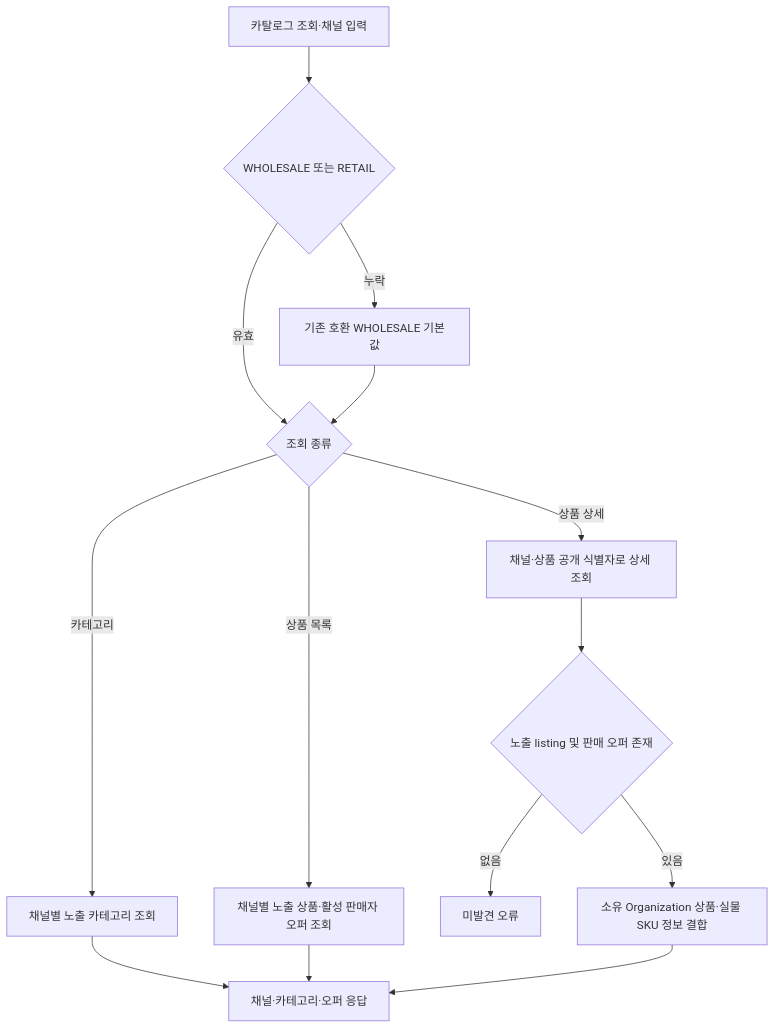
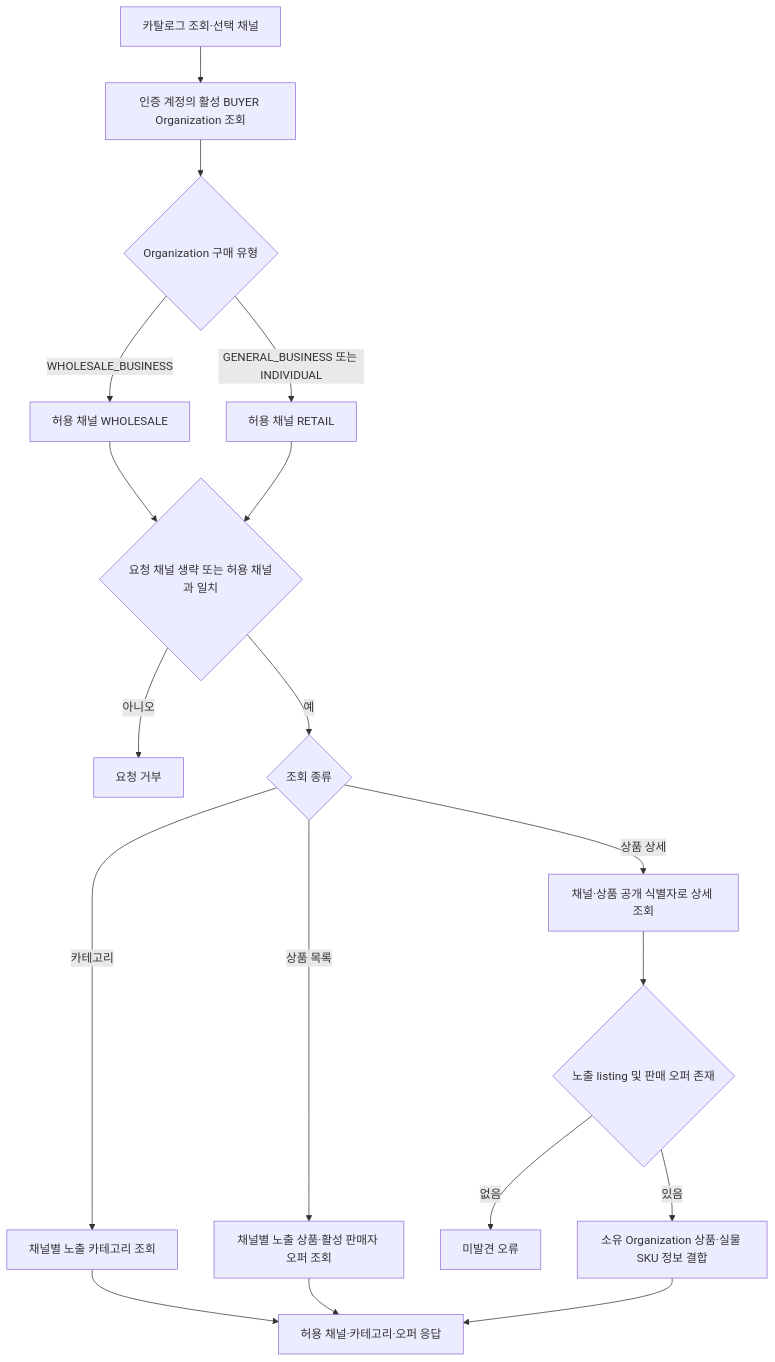
The first of 2 diagrams in docs/services/catalog.md (DongHyeonEom/umji-market-api), drawn with Mermaid before and after one commit. The commit also changed other lines of this file and 8 other files, not shown here.

````diff
--- a/docs/services/catalog.md
+++ b/docs/services/catalog.md
@@ -15,16 +17,20 @@
 ```mermaid
 flowchart TD
-    REQUEST[카탈로그 조회·채널 입력] --> CHANNEL{WHOLESALE 또는 RETAIL}
-    CHANNEL -- 누락 --> DEFAULT[기존 호환 WHOLESALE 기본값]
-    CHANNEL -- 유효 --> ACTION{조회 종류}
-    DEFAULT --> ACTION
+    REQUEST[카탈로그 조회·선택 채널] --> AUTH[인증 계정의 활성 BUYER Organization 조회]
+    AUTH --> TYPE{Organization 구매 유형}
+    TYPE -- WHOLESALE_BUSINESS --> WHOLESALE[허용 채널 WHOLESALE]
+    TYPE -- GENERAL_BUSINESS 또는 INDIVIDUAL --> RETAIL[허용 채널 RETAIL]
+    WHOLESALE --> CHANNEL{요청 채널 생략 또는 허용 채널과 일치}
+    RETAIL --> CHANNEL
+    CHANNEL -- 아니오 --> DENY[요청 거부]
+    CHANNEL -- 예 --> ACTION{조회 종류}
     ACTION -- 카테고리 --> CATEGORIES[채널별 노출 카테고리 조회]
     ACTION -- 상품 목록 --> LISTING[채널별 노출 상품·활성 판매자 오퍼 조회]
     ACTION -- 상품 상세 --> DETAIL[채널·상품 공개 식별자로 상세 조회]
     DETAIL --> FOUND{노출 listing 및 판매 오퍼 존재}
     FOUND -- 없음 --> MISSING[미발견 오류]
     FOUND -- 있음 --> COMMON[소유 Organization 상품·실물 SKU 정보 결합]
-    CATEGORIES --> RESPONSE[채널·카테고리·오퍼 응답]
+    CATEGORIES --> RESPONSE[허용 채널·카테고리·오퍼 응답]
     LISTING --> RESPONSE
     COMMON --> RESPONSE
 ```
````
